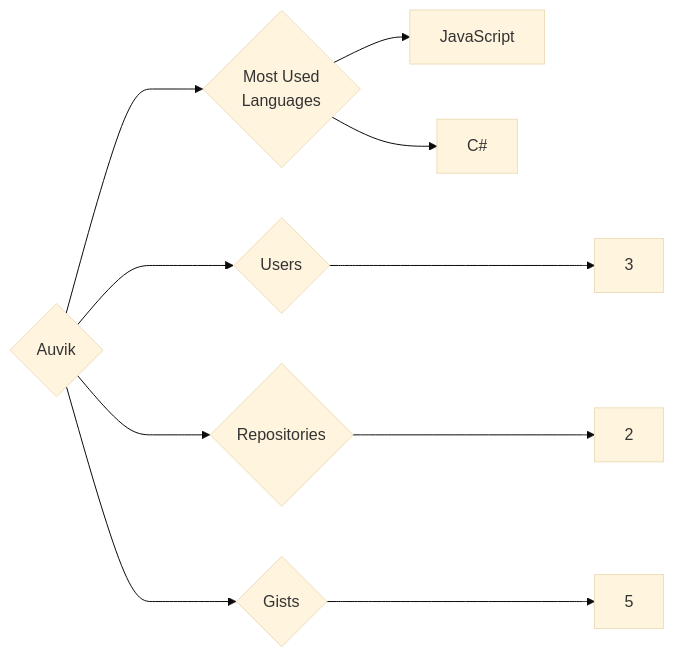
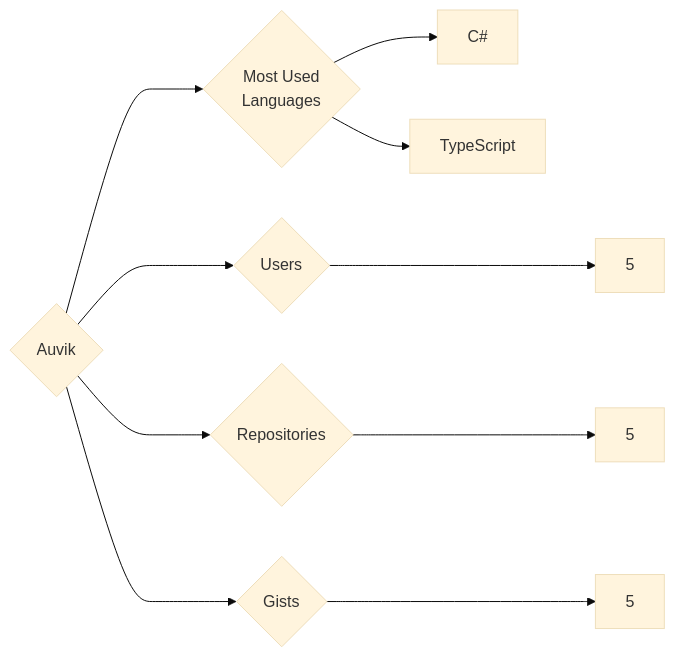
One commit to trickest/insiders changed the diagram in targets/Auvik/README.md. Above: the diagram before and after it, drawn with Mermaid (base theme). The commit also changed 1166 other files, not shown here.

````diff
--- a/targets/Auvik/README.md
+++ b/targets/Auvik/README.md
@@ -3,10 +3,10 @@
 ```mermaid
 graph LR
 COMPANY_NAME{Auvik}
-COMPANY_NAME ---> U{Users} ---> UN[3]
-COMPANY_NAME ---> R{Repositories} ---> RN[2]
+COMPANY_NAME ---> U{Users} ---> UN[5]
+COMPANY_NAME ---> R{Repositories} ---> RN[5]
 COMPANY_NAME ---> G{Gists} ---> GN[5]
 COMPANY_NAME ---> ML{Most Used<br>Languages}
-ML --> JavaScript[JavaScript]
 ML --> C#[C#]
+ML --> TypeScript[TypeScript]
 ```
````
